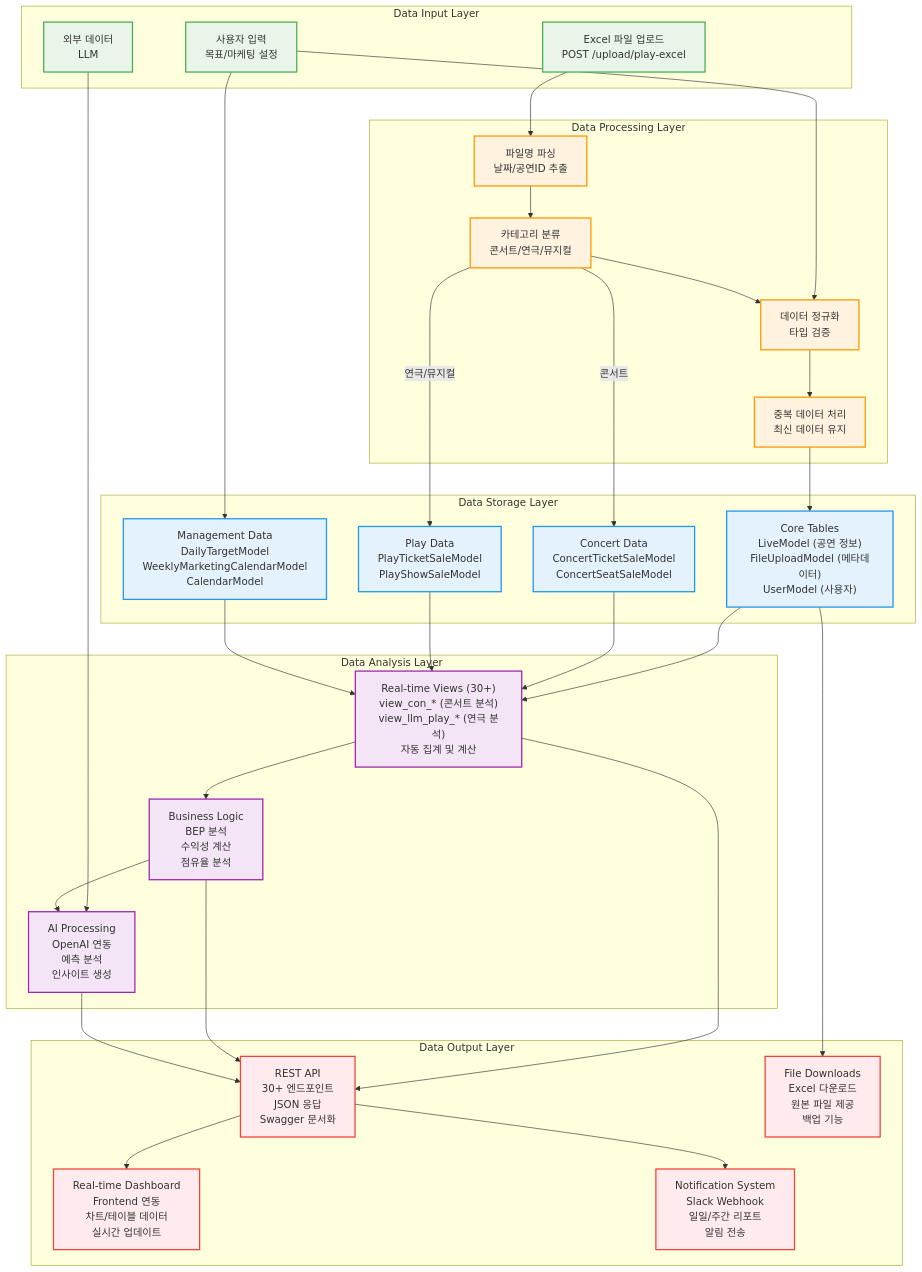
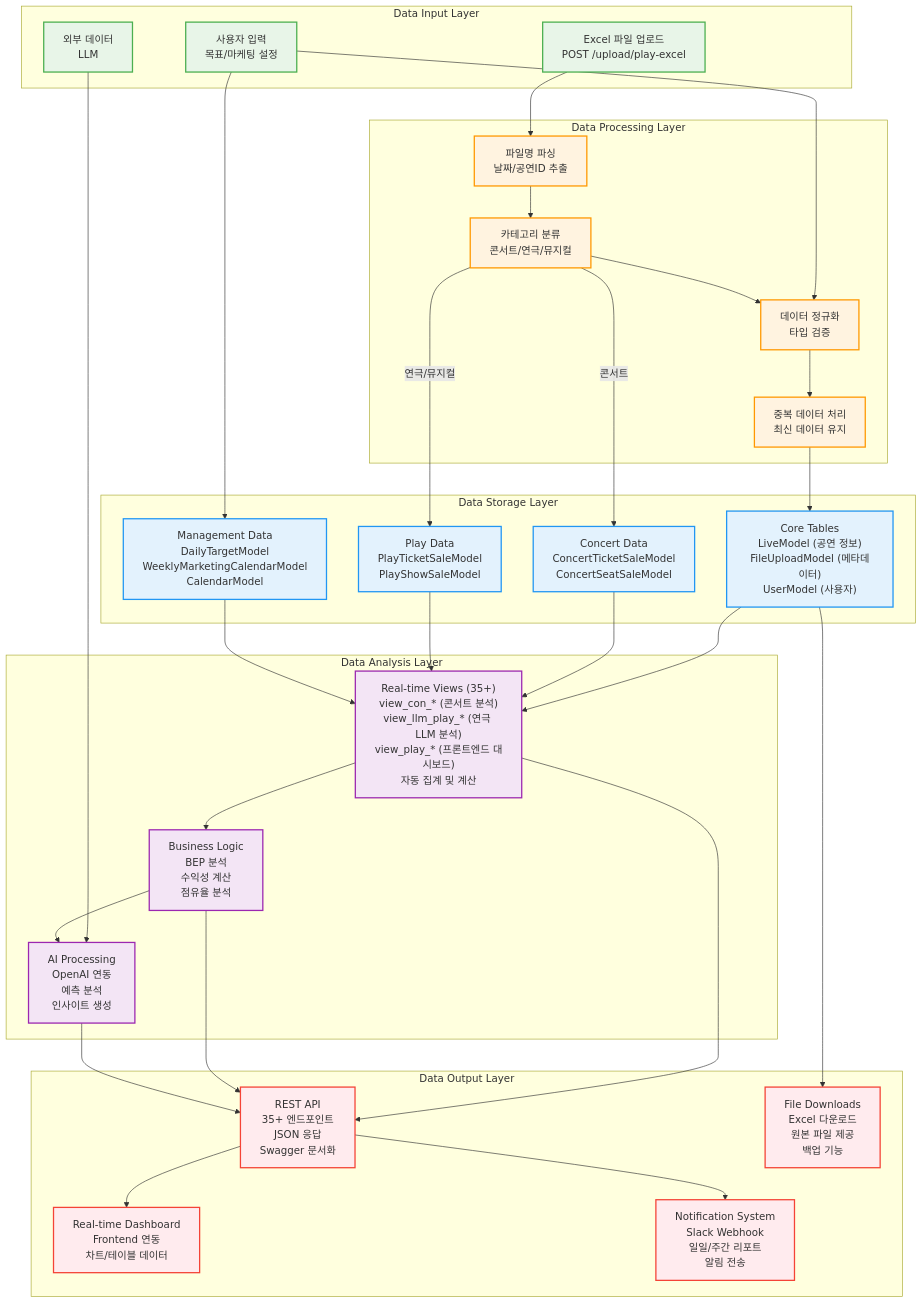
The third of 4 diagrams in README.md (jwlee-ticket/library_company_data_analysis_server), drawn with Mermaid before and after one commit. The commit also changed other lines of this file, not shown here.

Commit message:
docs: README 업데이트

````diff
--- a/README.md
+++ b/README.md
@@ -316,78 +318,78 @@
 ```mermaid
 graph TD
     subgraph "Data Input Layer"
         A1["Excel 파일 업로드<br/>POST /upload/play-excel"]
         A2["사용자 입력<br/>목표/마케팅 설정"]
         A3["외부 데이터<br/>LLM"]
     end
     
     subgraph "Data Processing Layer"
         B1["파일명 파싱<br/>날짜/공연ID 추출"]
         B2["카테고리 분류<br/>콘서트/연극/뮤지컬"]
         B3["데이터 정규화<br/>타입 검증"]
         B4["중복 데이터 처리<br/>최신 데이터 유지"]
     end
     
     subgraph "Data Storage Layer"
         C1["Core Tables<br/>LiveModel (공연 정보)<br/>FileUploadModel (메타데이터)<br/>UserModel (사용자)"]
         C2["Concert Data<br/>ConcertTicketSaleModel<br/>ConcertSeatSaleModel"]
         C3["Play Data<br/>PlayTicketSaleModel<br/>PlayShowSaleModel"]
         C4["Management Data<br/>DailyTargetModel<br/>WeeklyMarketingCalendarModel<br/>CalendarModel"]
     end
     
     subgraph "Data Analysis Layer"
-        D1["Real-time Views (30+)<br/>view_con_* (콘서트 분석)<br/>view_llm_play_* (연극 분석)<br/>자동 집계 및 계산"]
+        D1["Real-time Views (35+)<br/>view_con_* (콘서트 분석)<br/>view_llm_play_* (연극 LLM 분석)<br/>view_play_* (프론트엔드 대시보드)<br/>자동 집계 및 계산"]
         D2["Business Logic<br/>BEP 분석<br/>수익성 계산<br/>점유율 분석"]
         D3["AI Processing<br/>OpenAI 연동<br/>예측 분석<br/>인사이트 생성"]
     end
     
     subgraph "Data Output Layer"
-        E1["REST API<br/>30+ 엔드포인트<br/>JSON 응답<br/>Swagger 문서화"]
-        E2["Real-time Dashboard<br/>Frontend 연동<br/>차트/테이블 데이터<br/>실시간 업데이트"]
+        E1["REST API<br/>35+ 엔드포인트<br/>JSON 응답<br/>Swagger 문서화"]
+        E2["Real-time Dashboard<br/>Frontend 연동<br/>차트/테이블 데이터"]
         E3["Notification System<br/>Slack Webhook<br/>일일/주간 리포트<br/>알림 전송"]
         E4["File Downloads<br/>Excel 다운로드<br/>원본 파일 제공<br/>백업 기능"]
     end
     
     %% Data Flow
     A1 --> B1
     A2 --> B3
     A3 --> D3
     
     B1 --> B2
     B2 --> B3
     B3 --> B4
     
     B4 --> C1
     B2 -->|콘서트| C2
     B2 -->|연극/뮤지컬| C3
     A2 --> C4
     
     C1 --> D1
     C2 --> D1
     C3 --> D1
     C4 --> D1
     
     D1 --> D2
     D2 --> D3
     
     D1 --> E1
     D2 --> E1
     D3 --> E1
     
     E1 --> E2
     E1 --> E3
     C1 --> E4
     
     %% Styling
     classDef input fill:#e8f5e8,stroke:#4caf50,stroke-width:2px
     classDef process fill:#fff3e0,stroke:#ff9800,stroke-width:2px
     classDef storage fill:#e3f2fd,stroke:#2196f3,stroke-width:2px
     classDef analysis fill:#f3e5f5,stroke:#9c27b0,stroke-width:2px
     classDef output fill:#ffebee,stroke:#f44336,stroke-width:2px
     
     class A1,A2,A3 input
     class B1,B2,B3,B4 process
     class C1,C2,C3,C4 storage
     class D1,D2,D3 analysis
     class E1,E2,E3,E4 output
 ```
````
